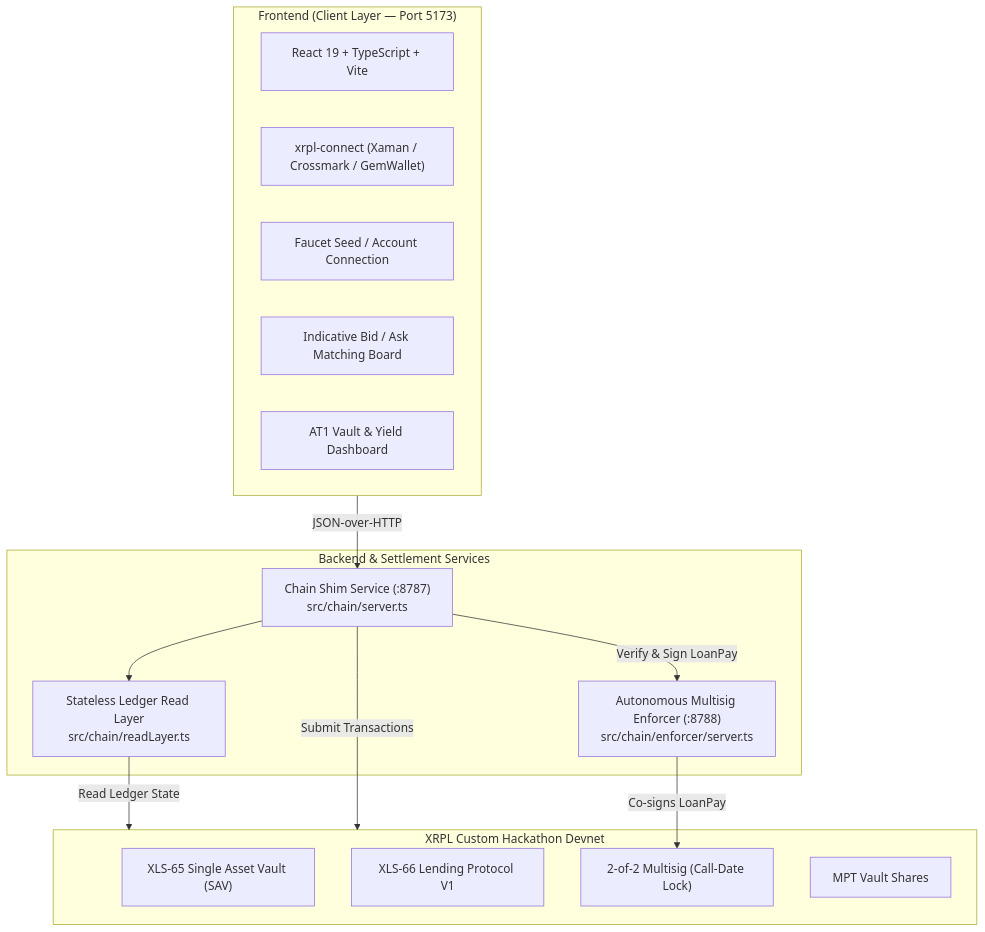
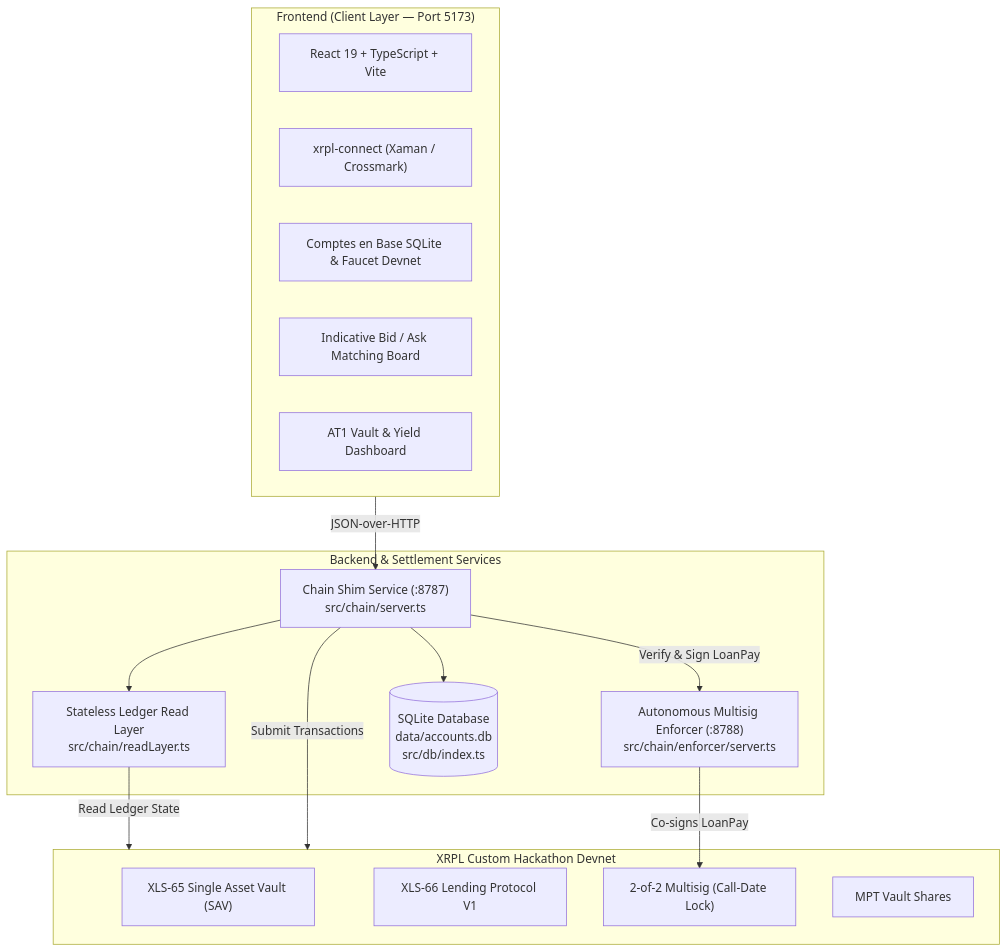
Before and after one commit to G4SP4RDDB/AT1_XRPL: the diagram in README.md, drawn with Mermaid. The commit also changed other lines of this file and 2 other files, not shown here.

Commit message:
docs: document zero-custody broker architecture, sqlite client db, and borrower operator separation

````diff
--- a/README.md
+++ b/README.md
@@ -108,30 +140,32 @@
 ```mermaid
 flowchart TD
     subgraph UI ["Frontend (Client Layer — Port 5173)"]
         React["React 19 + TypeScript + Vite"]
-        XRPLConnect["xrpl-connect (Xaman / Crossmark / GemWallet)"]
-        SeedAuth["Faucet Seed / Account Connection"]
+        XRPLConnect["xrpl-connect (Xaman / Crossmark)"]
+        DbSelector["Comptes en Base SQLite & Faucet Devnet"]
         MatchBoard["Indicative Bid / Ask Matching Board"]
         Dashboard["AT1 Vault & Yield Dashboard"]
     end
 
     subgraph Middleware ["Backend & Settlement Services"]
         ChainShim["Chain Shim Service (:8787)\nsrc/chain/server.ts"]
         Enforcer["Autonomous Multisig Enforcer (:8788)\nsrc/chain/enforcer/server.ts"]
         ReadLayer["Stateless Ledger Read Layer\nsrc/chain/readLayer.ts"]
+        SQLiteDB[("SQLite Database\ndata/accounts.db\nsrc/db/index.ts")]
     end
 
     subgraph Ledger ["XRPL Custom Hackathon Devnet"]
         Vault["XLS-65 Single Asset Vault (SAV)"]
         Lending["XLS-66 Lending Protocol V1"]
         Multisig["2-of-2 Multisig (Call-Date Lock)"]
         MPT["MPT Vault Shares"]
     end
 
     UI -->|JSON-over-HTTP| ChainShim
     ChainShim --> ReadLayer
+    ChainShim --> SQLiteDB
     ChainShim -->|Verify & Sign LoanPay| Enforcer
     ReadLayer -->|Read Ledger State| Ledger
     ChainShim -->|Submit Transactions| Ledger
     Enforcer -->|Co-signs LoanPay| Multisig
 ```
````
